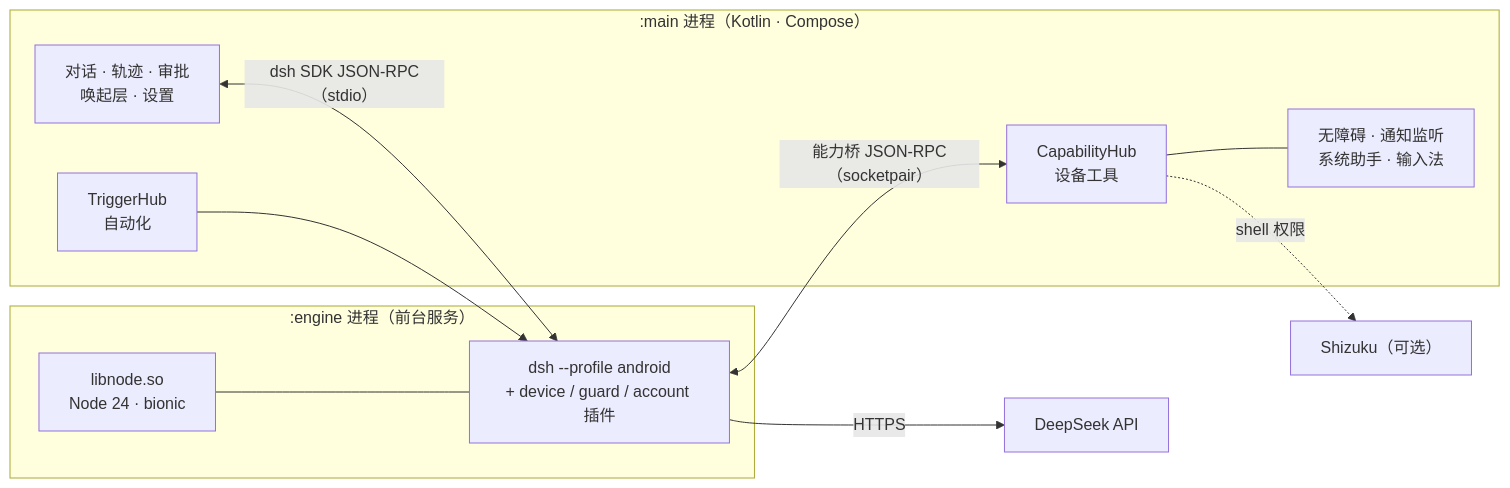
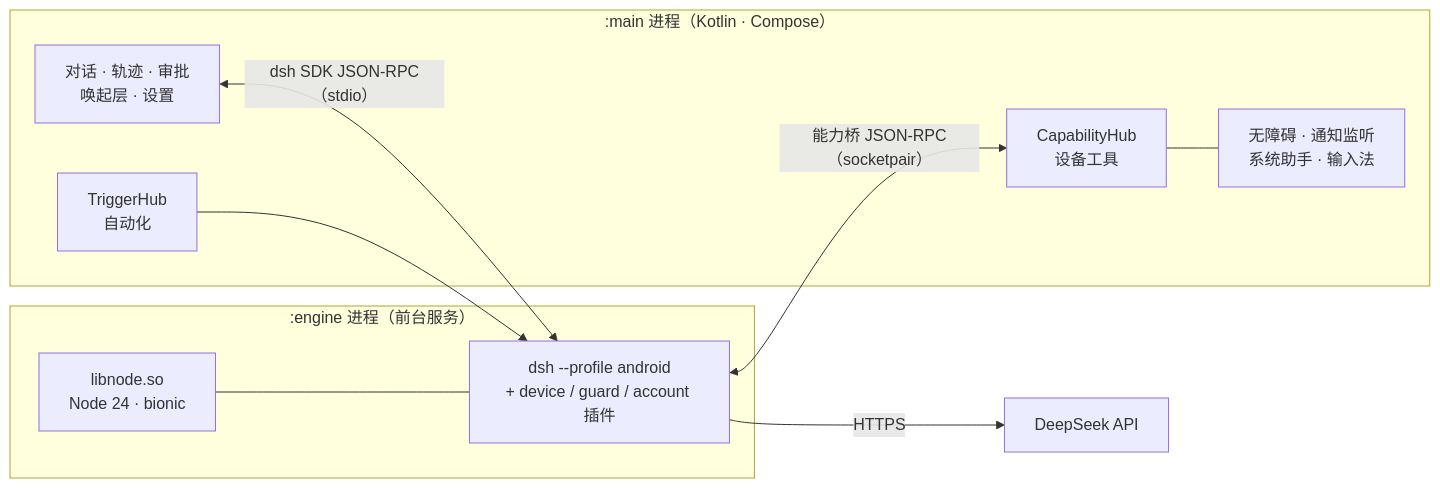
Before and after one commit to Timhub-135/DSH-Android: the diagram in README.md, drawn with Mermaid. The commit also changed other lines of this file and 16 other files, not shown here.

````diff
--- a/README.md
+++ b/README.md
@@ -55,23 +55,21 @@
 ```mermaid
 flowchart LR
   subgraph main[":main 进程（Kotlin · Compose）"]
     UI["对话 · 轨迹 · 审批<br/>唤起层 · 设置"]
     CAP["CapabilityHub<br/>设备工具"]
     TRG["TriggerHub<br/>自动化"]
     SVC["无障碍 · 通知监听<br/>系统助手 · 输入法"]
   end
   subgraph engine[":engine 进程（前台服务）"]
     NODE["libnode.so<br/>Node 24 · bionic"]
     DSH["dsh --profile android<br/>+ device / guard / account 插件"]
   end
-  SHZ["Shizuku（可选）"]
   API["DeepSeek API"]
 
   UI <-- "dsh SDK JSON-RPC（stdio）" --> DSH
   DSH <-- "能力桥 JSON-RPC（socketpair）" --> CAP
   TRG --> DSH
   CAP --- SVC
-  CAP -. shell 权限 .-> SHZ
   NODE --- DSH
   DSH -- HTTPS --> API
 ```
````
